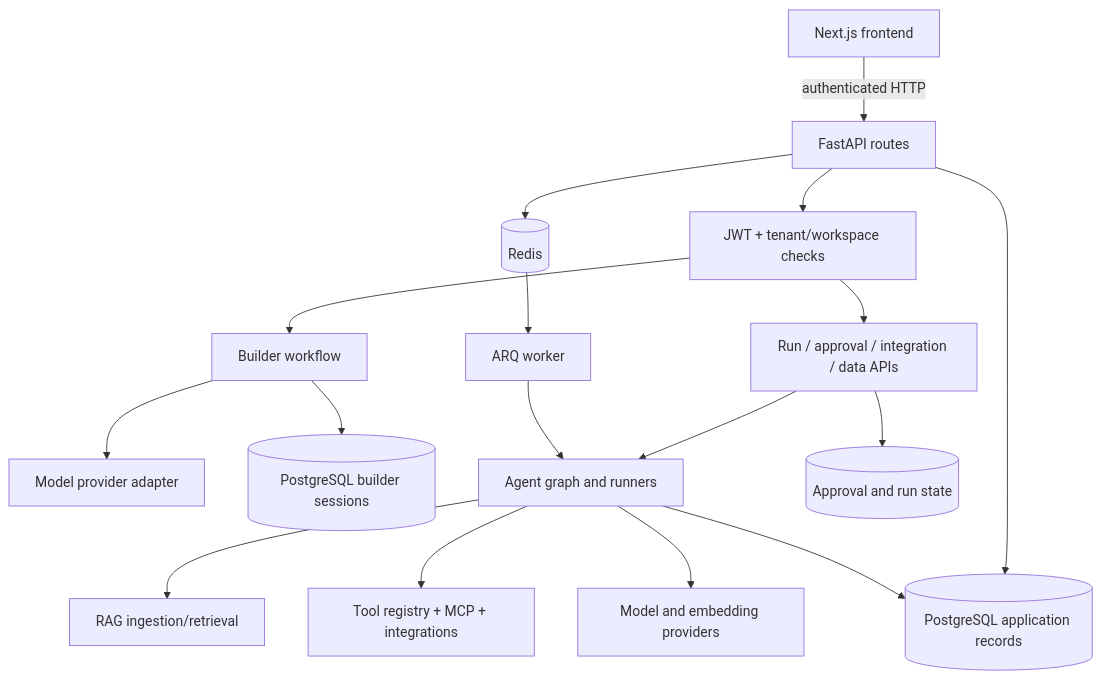
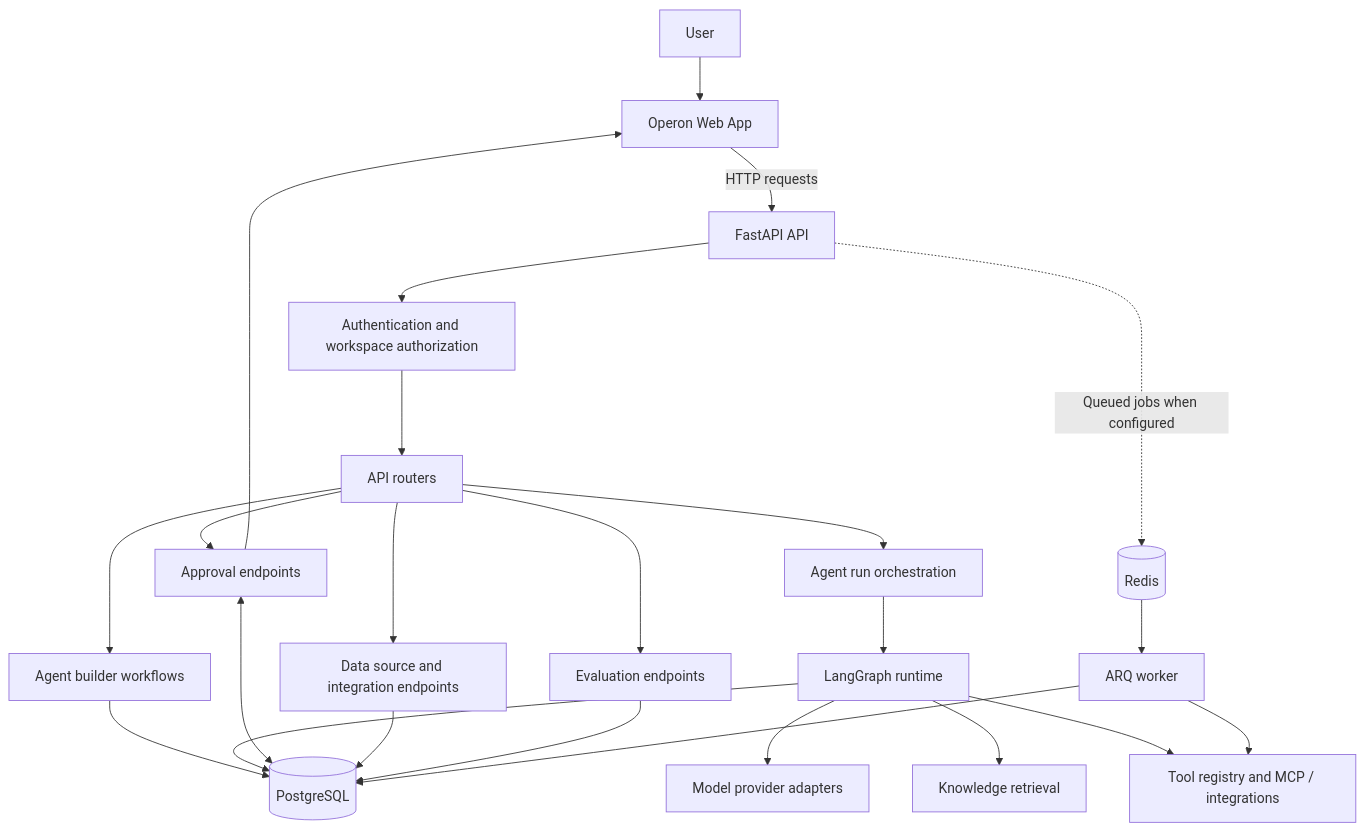
One commit to Operon-Operation-Platform/backend changed the first of 5 diagrams in README.md. Above: the diagram before and after it, drawn with Mermaid. The commit also changed other lines of this file, not shown here.

````diff
--- a/README.md
+++ b/README.md
@@ -97,19 +45,29 @@
 ```mermaid
-flowchart TB
-    Browser[Next.js frontend] -->|authenticated HTTP| FastAPI[FastAPI routes]
-    FastAPI --> Auth[JWT + tenant/workspace checks]
-    Auth --> Builder[Builder workflow]
-    Auth --> Run[Run / approval / integration / data APIs]
-    Builder --> LLM[Model provider adapter]
-    Builder --> Sessions[(PostgreSQL builder sessions)]
-    Run --> Graph[Agent graph and runners]
-    Graph --> RAG[RAG ingestion/retrieval]
-    Graph --> Registry[Tool registry + MCP + integrations]
-    Graph --> Providers[Model and embedding providers]
-    FastAPI --> DB[(PostgreSQL application records)]
-    Graph --> DB
-    FastAPI --> Redis[(Redis)]
-    Redis --> Worker[ARQ worker]
-    Worker --> Graph
-    Run --> Approvals[(Approval and run state)]
+flowchart TD
+    U[User] --> UI[Operon Web App]
+    UI -->|HTTP requests| API[FastAPI API]
+    API --> AUTH[Authentication and workspace authorization]
+    AUTH --> ROUTES[API routers]
+
+    ROUTES --> BUILDER[Agent builder workflows]
+    ROUTES --> RUNS[Agent run orchestration]
+    ROUTES --> APPROVALS[Approval endpoints]
+    ROUTES --> DATA[Data source and integration endpoints]
+    ROUTES --> EVAL[Evaluation endpoints]
+
+    BUILDER --> DB[(PostgreSQL)]
+    RUNS --> GRAPH[LangGraph runtime]
+    GRAPH --> LLM[Model provider adapters]
+    GRAPH --> RAG[Knowledge retrieval]
+    GRAPH --> TOOLS[Tool registry and MCP / integrations]
+    GRAPH --> DB
+    APPROVALS <--> DB
+    APPROVALS --> UI
+    DATA --> DB
+    EVAL --> DB
+
+    API -.->|Queued jobs when configured| REDIS[(Redis)]
+    REDIS --> WORKER[ARQ worker]
+    WORKER --> DB
+    WORKER --> TOOLS
 ```
````
